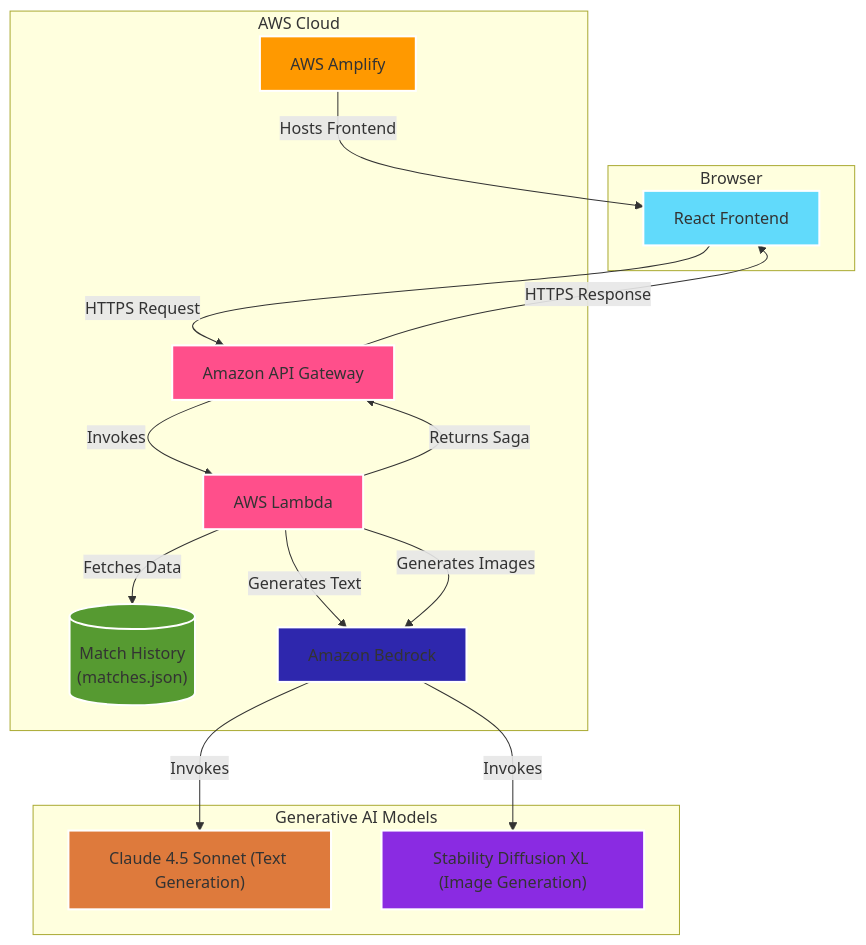
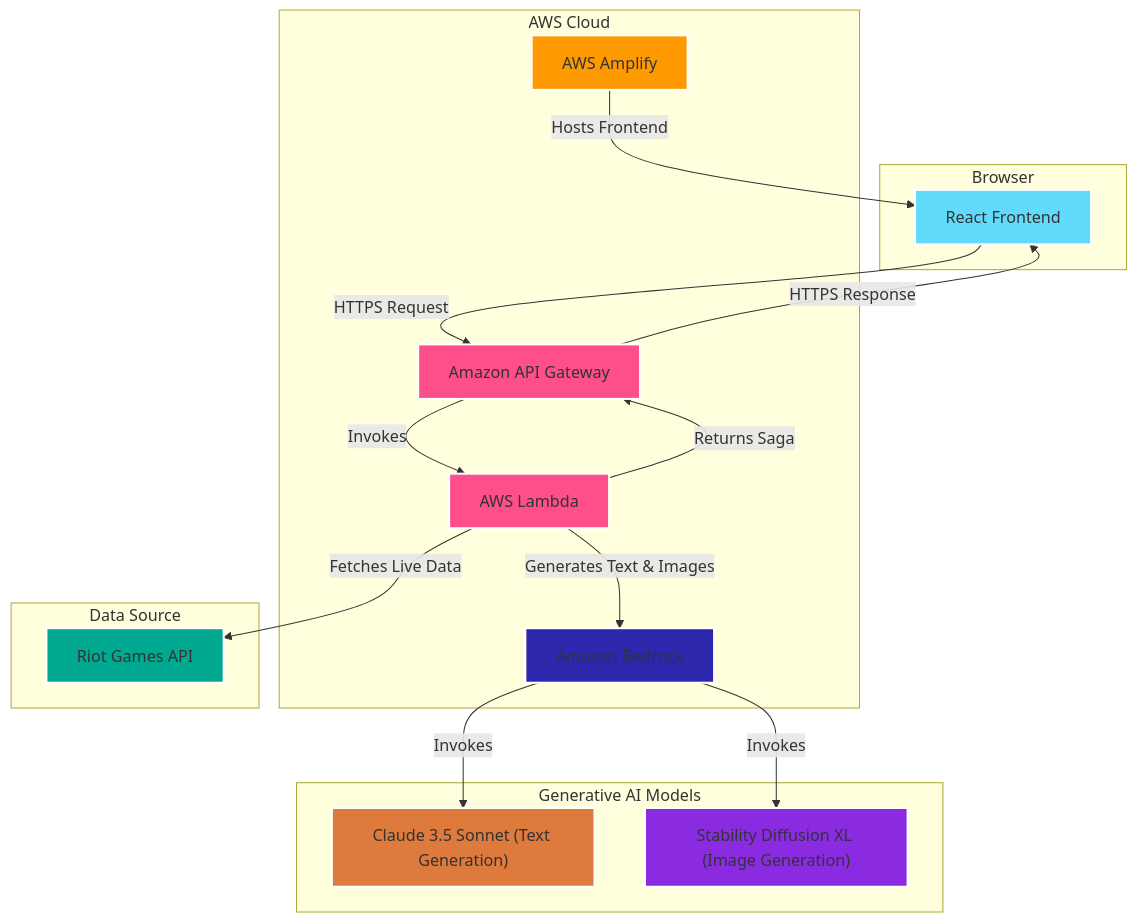
One commit to Oracle69digitalmarketing/RiftScribe changed the diagram in README.md. Above: the diagram before and after it, drawn with Mermaid. The commit also changed other lines of this file and 21 other files, not shown here.

````diff
--- a/README.md
+++ b/README.md
@@ -19,39 +35,41 @@
 ```mermaid
 graph TD
     subgraph Browser
         A[React Frontend]
     end
 
     subgraph AWS Cloud
         B[AWS Amplify]
         C[Amazon API Gateway]
         D[AWS Lambda]
-        E[Amazon S3]
         F[Amazon Bedrock]
     end
 
+    subgraph "Data Source"
+        E[Riot Games API]
+    end
+
     subgraph "Generative AI Models"
-        G["Claude 4.5 Sonnet (Text Generation)"]
+        G["Claude 3.5 Sonnet (Text Generation)"]
         H["Stability Diffusion XL (Image Generation)"]
     end
 
     A -- "HTTPS Request" --> C
     B -- "Hosts Frontend" --> A
     C -- "Invokes" --> D
-    D -- "Fetches Data" --> E[("Match History<br/>(matches.json)")]
-    D -- "Generates Text" --> F
-    D -- "Generates Images" --> F
+    D -- "Fetches Live Data" --> E
+    D -- "Generates Text & Images" --> F
     F -- "Invokes" --> G
     F -- "Invokes" --> H
     D -- "Returns Saga" --> C
     C -- "HTTPS Response" --> A
 
     style A fill:#61DAFB,stroke:#fff,stroke-width:2px
     style B fill:#FF9900,stroke:#fff,stroke-width:2px
     style C fill:#FF4F8B,stroke:#fff,stroke-width:2px
     style D fill:#FF4F8B,stroke:#fff,stroke-width:2px
-    style E fill:#569A31,stroke:#fff,stroke-width:2px
+    style E fill:#00A98F,stroke:#fff,stroke-width:2px
     style F fill:#2E27AD,stroke:#fff,stroke-width:2px
     style G fill:#DE7A3C,stroke:#fff,stroke-width:2px
     style H fill:#8A2BE2,stroke:#fff,stroke-width:2px
 ```
````
